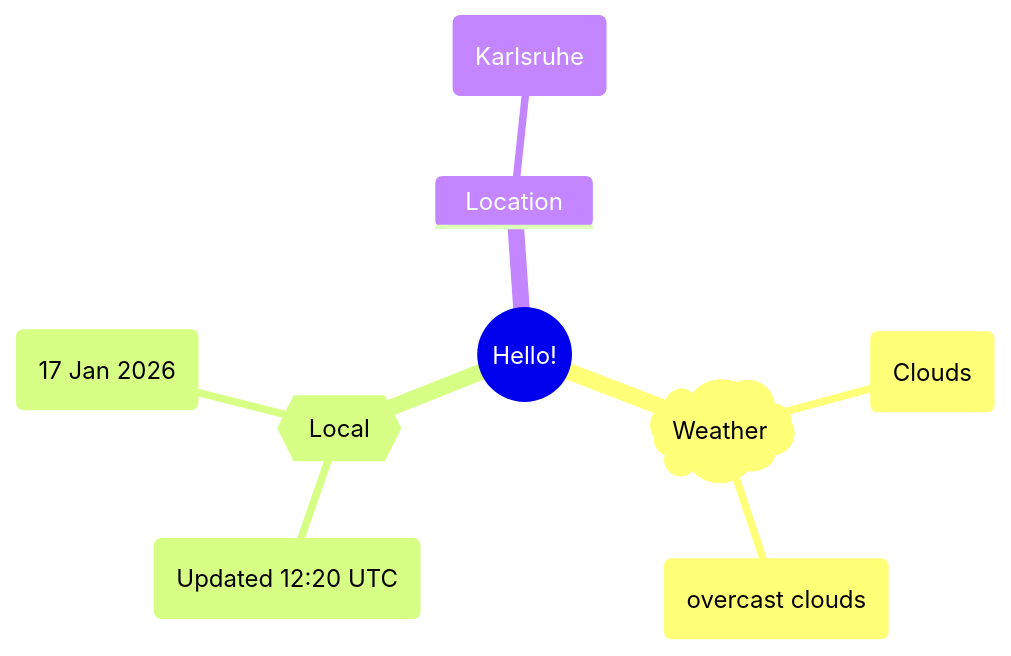
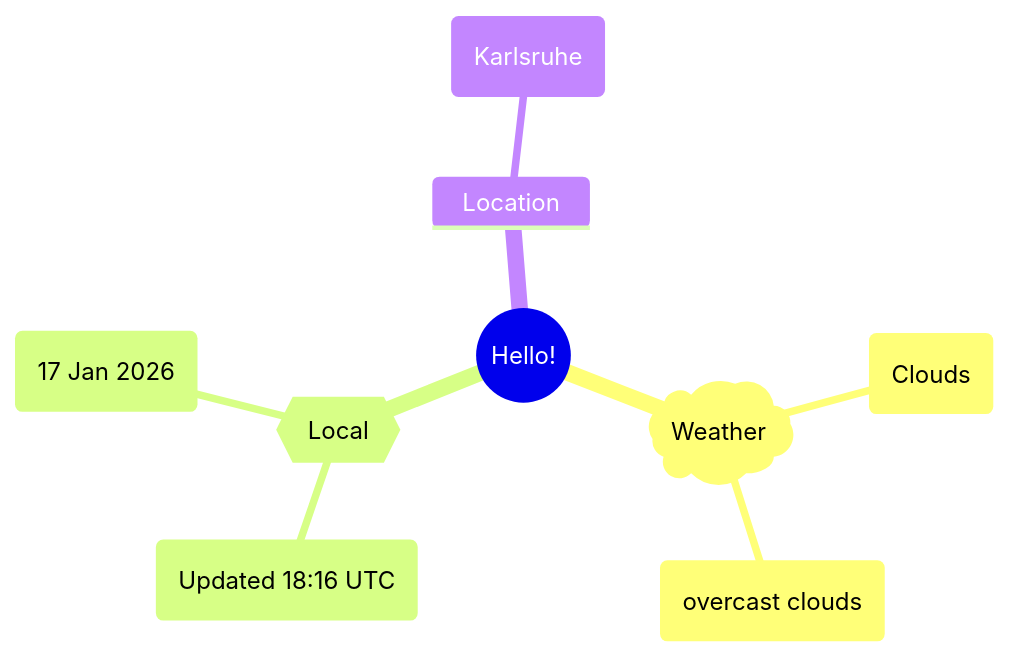
One commit to Xosrov/Xosrov changed the first of 2 diagrams in README.md. Above: the diagram before and after it, drawn with Mermaid.

Commit message:
[bot] updated images

````diff
--- a/README.md
+++ b/README.md
@@ -3,12 +3,12 @@
 ```mermaid
 mindmap
   root((Hello!))
     )Weather(
         (Clouds)
         (overcast clouds)
     {{Local}}
-        (Updated 12:20 UTC)
+        (Updated 18:16 UTC)
         (17 Jan 2026)
     Location
         (Karlsruhe)
 ```
````
